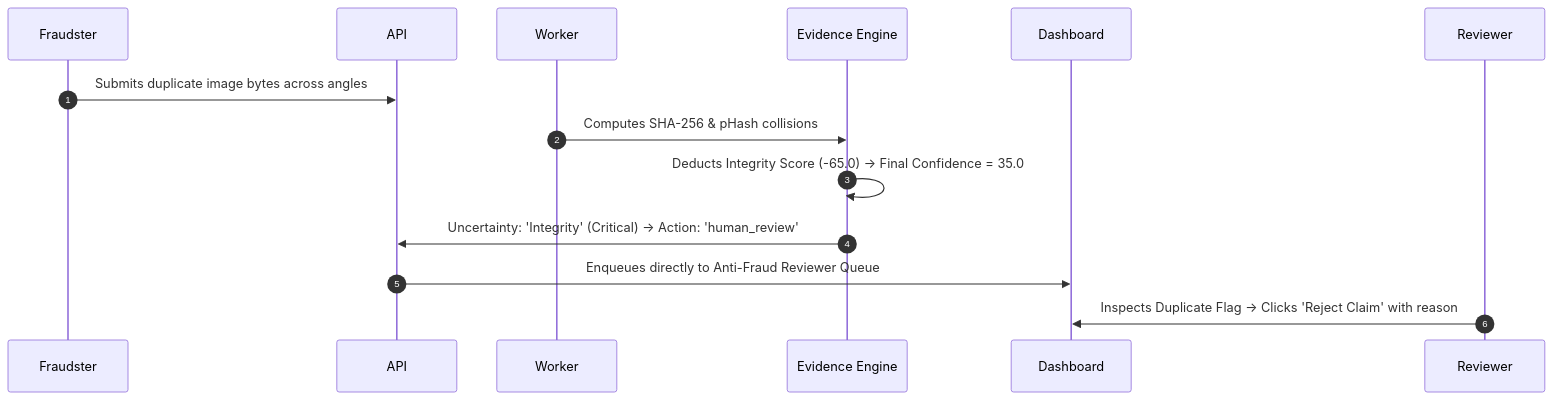
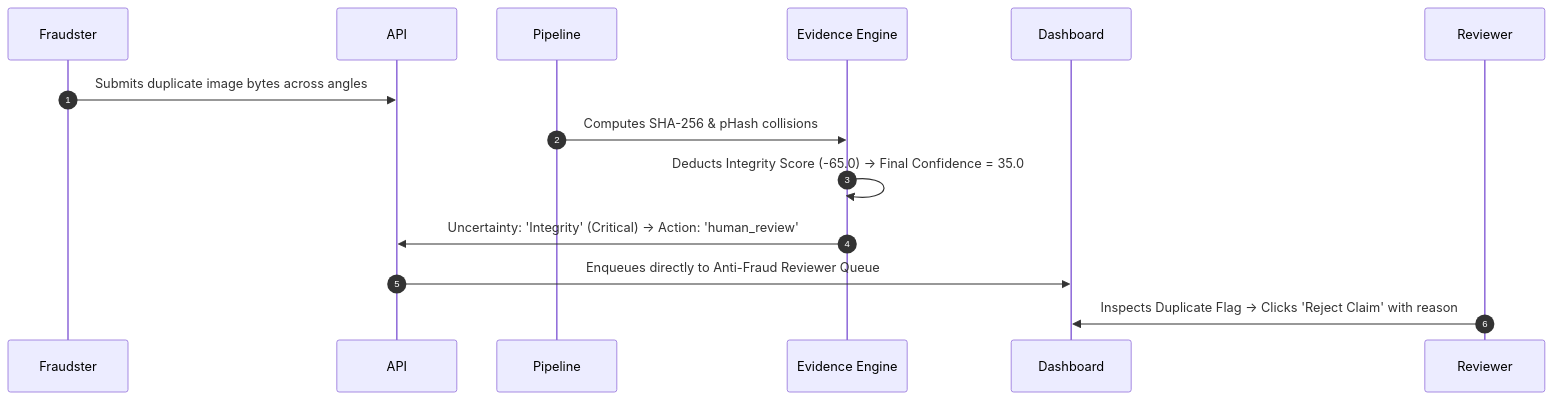
Before and after one commit to dhrrishitvdeka/Fasal-Pramaan: the third of 3 diagrams in docs/demo-walkthrough.md, drawn with Mermaid. The commit also changed other lines of this file and 924 other files, not shown here.

````diff
--- a/docs/demo-walkthrough.md
+++ b/docs/demo-walkthrough.md
@@ -80,10 +83,10 @@
 ```mermaid
 sequenceDiagram
   autonumber
   Fraudster->>API: Submits duplicate image bytes across angles
-  Worker->>Evidence Engine: Computes SHA-256 & pHash collisions
+  Pipeline->>Evidence Engine: Computes SHA-256 & pHash collisions
   Evidence Engine->>Evidence Engine: Deducts Integrity Score (-65.0) -> Final Confidence = 35.0
   Evidence Engine->>API: Uncertainty: 'Integrity' (Critical) -> Action: 'human_review'
   API->>Dashboard: Enqueues directly to Anti-Fraud Reviewer Queue
   Reviewer->>Dashboard: Inspects Duplicate Flag -> Clicks 'Reject Claim' with reason
 ```
````
